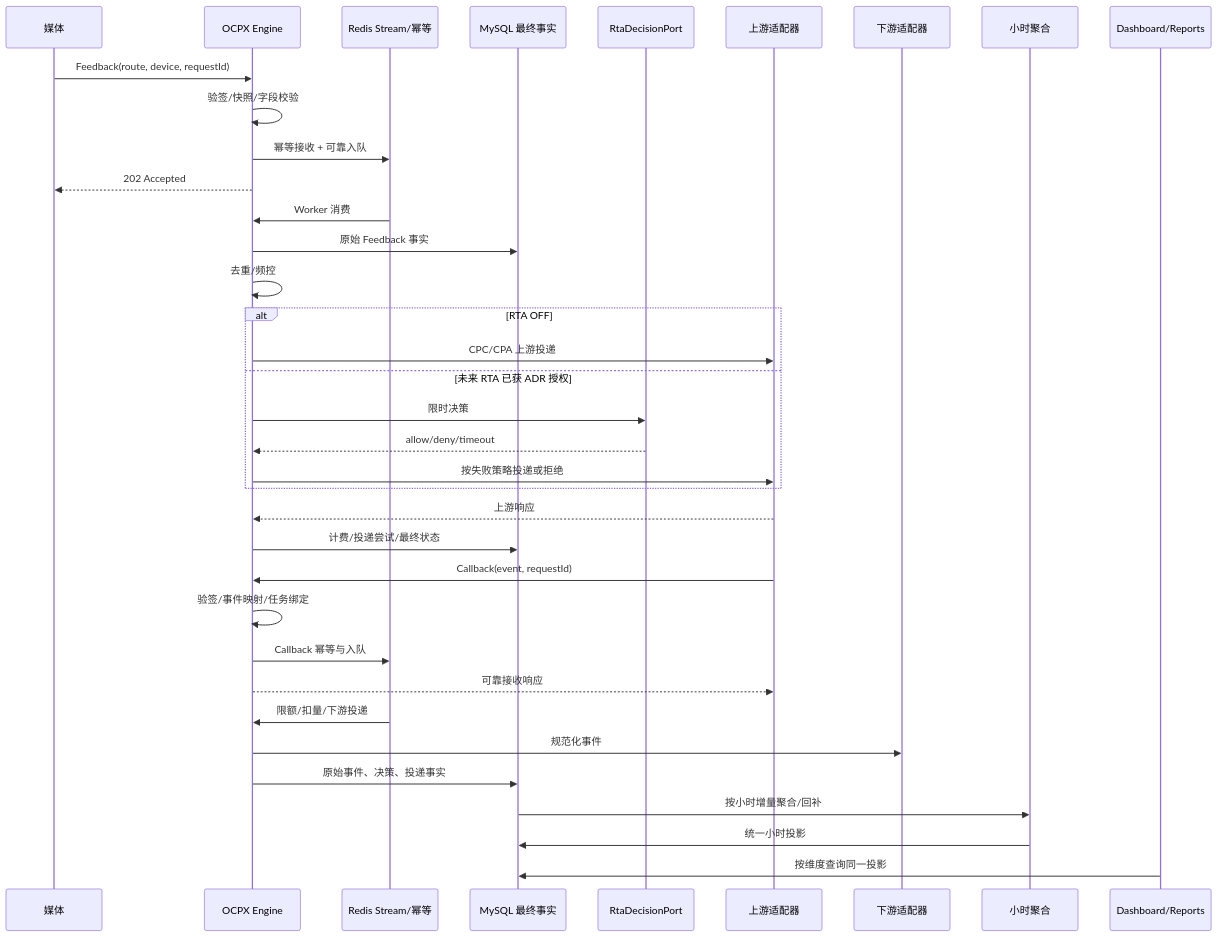
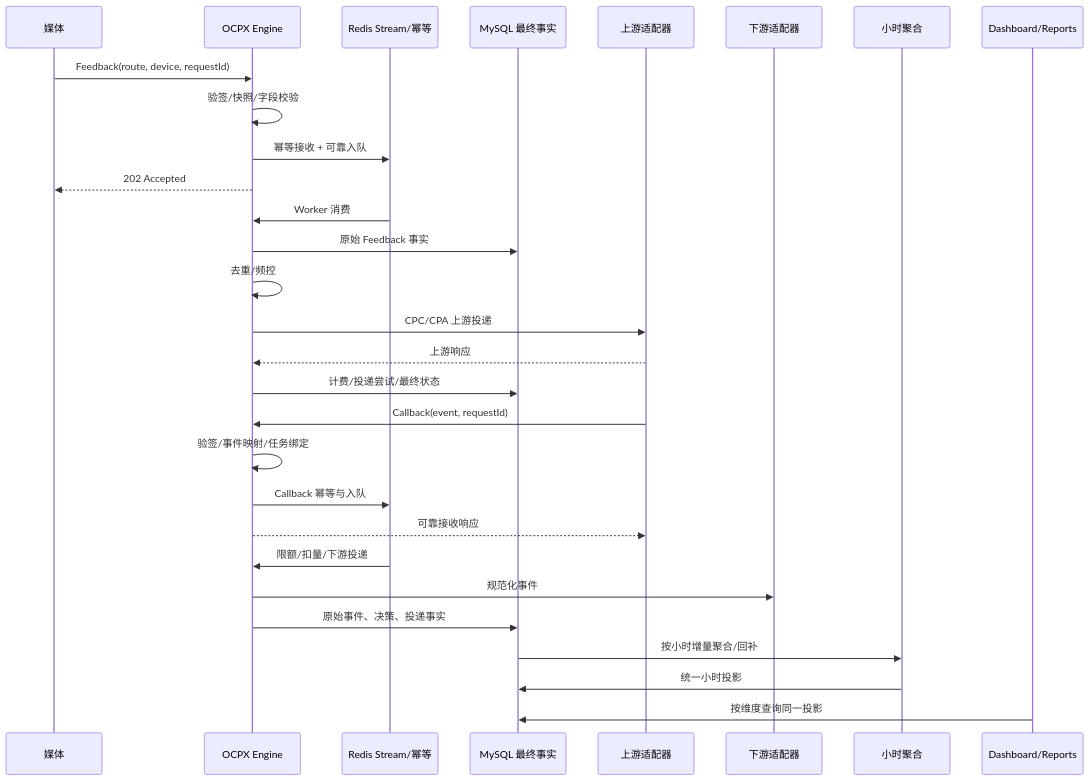
One commit to CoderX42/smart-converge-x-ocpx changed the third of 3 diagrams in docs/广告平台设计/ocpx-aerim-模块实现规格/00-总体领域模型与跨模块数据流.md. Above: the diagram before and after it, drawn with Mermaid. The commit also changed other lines of this file and 189 other files, not shown here.

````diff
--- a/docs/广告平台设计/ocpx-aerim-模块实现规格/00-总体领域模型与跨模块数据流.md
+++ b/docs/广告平台设计/ocpx-aerim-模块实现规格/00-总体领域模型与跨模块数据流.md
@@ -127,39 +122,32 @@
 ```mermaid
 sequenceDiagram
   participant Media as 媒体
   participant Engine as OCPX Engine
   participant Redis as Redis Stream/幂等
   participant MySQL as MySQL 最终事实
-  participant RTA as RtaDecisionPort
   participant Up as 上游适配器
   participant Down as 下游适配器
   participant Agg as 小时聚合
   participant UI as Dashboard/Reports
 
   Media->>Engine: Feedback(route, device, requestId)
   Engine->>Engine: 验签/快照/字段校验
   Engine->>Redis: 幂等接收 + 可靠入队
   Engine-->>Media: 202 Accepted
   Redis->>Engine: Worker 消费
   Engine->>MySQL: 原始 Feedback 事实
   Engine->>Engine: 去重/频控
-  alt RTA OFF
-    Engine->>Up: CPC/CPA 上游投递
-  else 未来 RTA 已获 ADR 授权
-    Engine->>RTA: 限时决策
-    RTA-->>Engine: allow/deny/timeout
-    Engine->>Up: 按失败策略投递或拒绝
-  end
+  Engine->>Up: CPC/CPA 上游投递
   Up-->>Engine: 上游响应
   Engine->>MySQL: 计费/投递尝试/最终状态
   Up->>Engine: Callback(event, requestId)
   Engine->>Engine: 验签/事件映射/任务绑定
   Engine->>Redis: Callback 幂等与入队
   Engine-->>Up: 可靠接收响应
   Redis->>Engine: 限额/扣量/下游投递
   Engine->>Down: 规范化事件
   Engine->>MySQL: 原始事件、决策、投递事实
   MySQL->>Agg: 按小时增量聚合/回补
   Agg->>MySQL: 统一小时投影
   UI->>MySQL: 按维度查询同一投影
 ```
````
